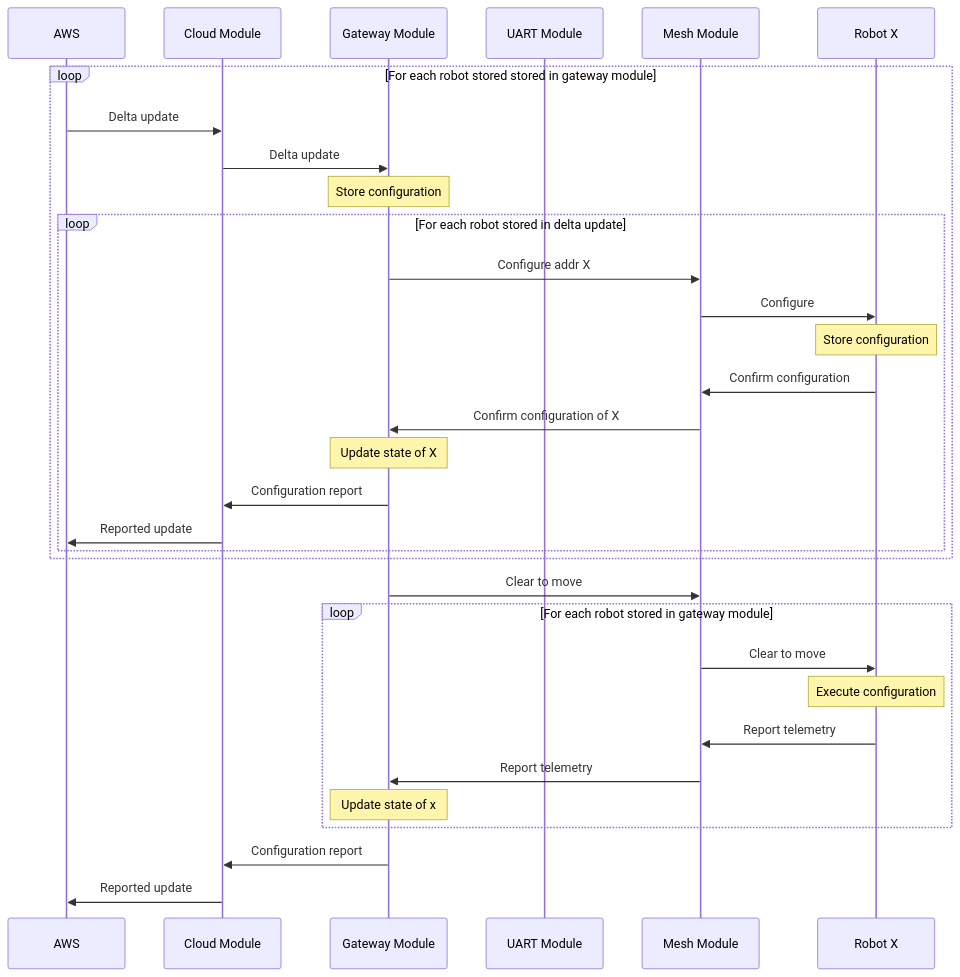
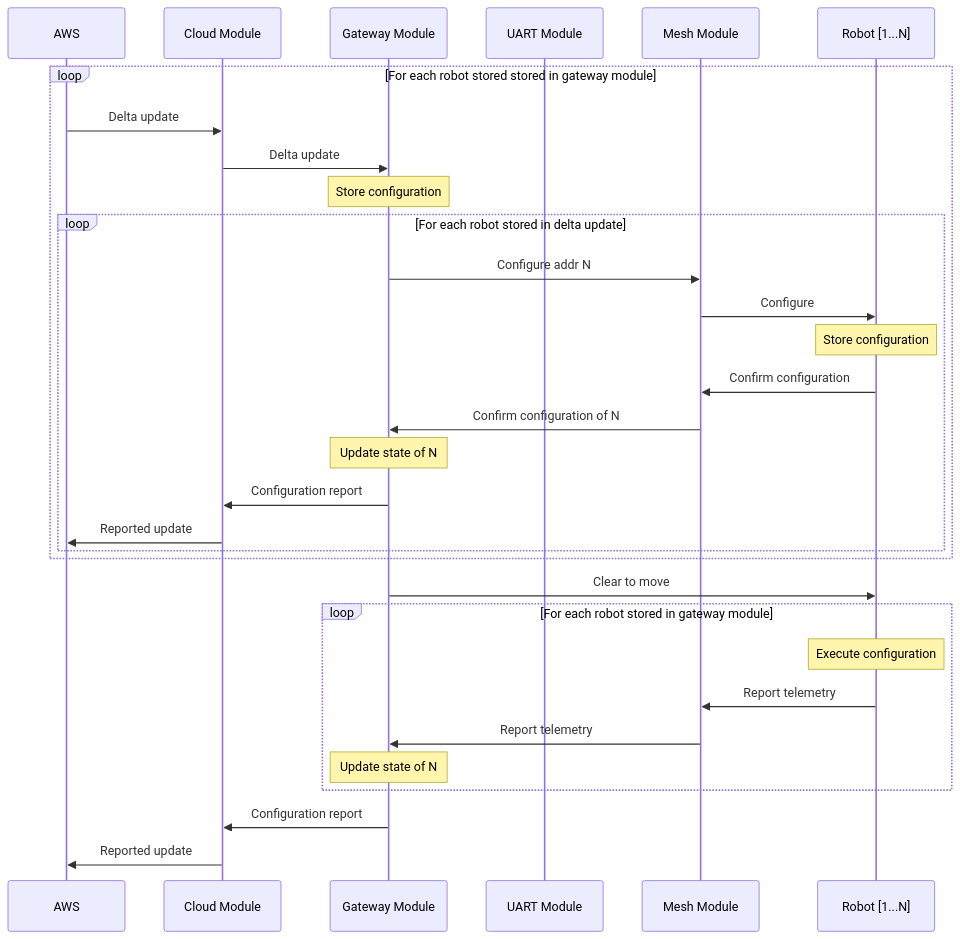
The second of 3 diagrams in docs/nRF_Robot_war_firmware_module_description.md (Stentsoe/robot-war-firmware), drawn with Mermaid before and after one commit. The commit also changed other lines of this file, not shown here.

Commit message:
operation descriptions, clear up robot x confusion
Specify that the robot actor symbolizes all robots in the network by using [1...N] instead of x in the label.

correctiing clear to move broadcast event

````diff
--- a/docs/nRF_Robot_war_firmware_module_description.md
+++ b/docs/nRF_Robot_war_firmware_module_description.md
@@ -103,37 +103,36 @@
 ```mermaid
 sequenceDiagram
     participant aws as AWS
     participant cm as Cloud Module
     participant gm as Gateway Module
     participant um as UART Module
     participant mm as Mesh Module
-    participant rx as Robot X
+    participant rn as Robot [1...N]
 
     loop For each robot stored stored in gateway module
     aws->>cm: Delta update 
     cm->>gm: Delta update 
     Note over gm: Store configuration
     loop For each robot stored in delta update
-        gm->>mm: Configure addr X
-        mm->>rx: Configure
-        Note over rx: Store configuration
-        rx->>mm: Confirm configuration
-        mm->>gm: Confirm configuration of X
-        Note over gm: Update state of X
+        gm->>mm: Configure addr N
+        mm->>rn: Configure
+        Note over rn: Store configuration
+        rn->>mm: Confirm configuration
+        mm->>gm: Confirm configuration of N
+        Note over gm: Update state of N
         gm->>cm: Configuration report
         cm->>aws: Reported update
     end
     end
 
-    gm->>mm: Clear to move
+    gm->>rn: Clear to move
 
     loop For each robot stored in gateway module
-        mm->>rx: Clear to move
-        Note over rx: Execute configuration
-        rx->>mm: Report telemetry
+        Note over rn: Execute configuration
+        rn->>mm: Report telemetry
         mm->>gm: Report telemetry
-        Note over gm: Update state of x
+        Note over gm: Update state of N
     end
         gm->>cm: Configuration report
         cm->>aws: Reported update
 ```
````
